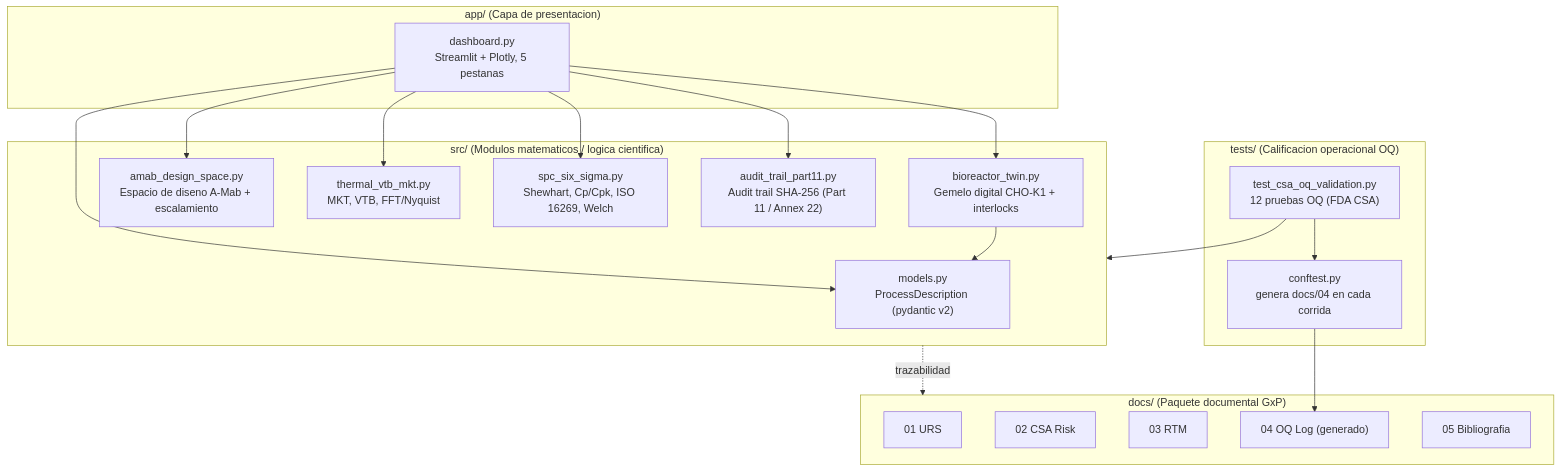
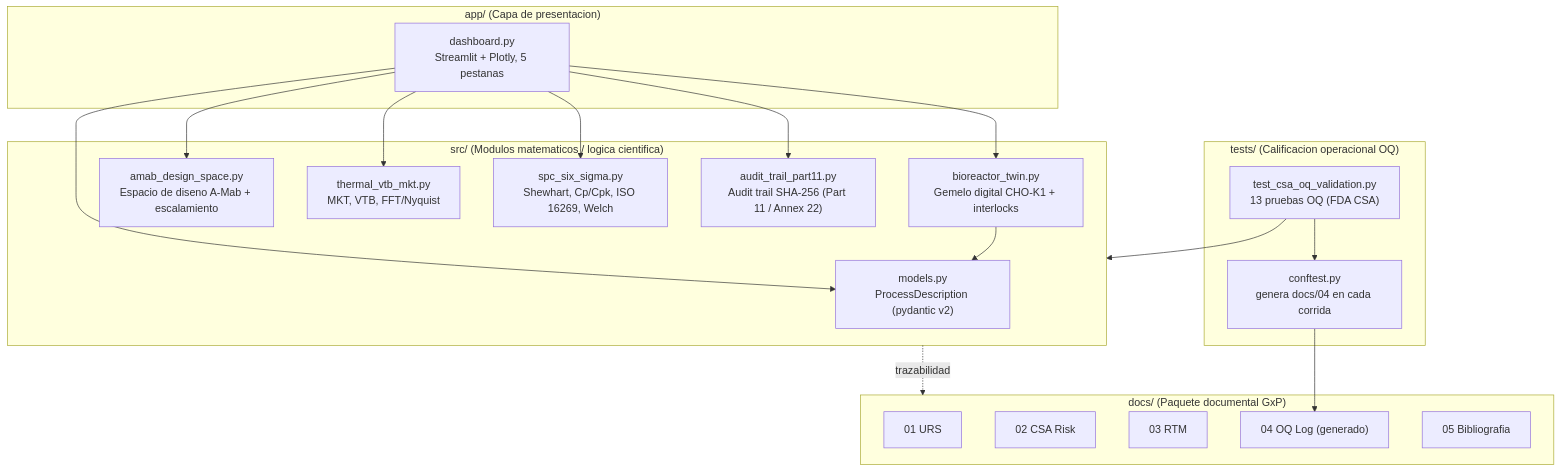
One commit to alehernann/bioprocesos-PROJECT changed the diagram in README.md. Above: the diagram before and after it, drawn with Mermaid. The commit also changed other lines of this file and 6 other files, not shown here.

````diff
--- a/README.md
+++ b/README.md
@@ -23,41 +23,41 @@
 ```mermaid
 flowchart TD
     subgraph app["app/ (Capa de presentacion)"]
         DASH["dashboard.py\nStreamlit + Plotly, 5 pestanas"]
     end
 
     subgraph src["src/ (Modulos matematicos / logica cientifica)"]
         MODELS["models.py\nProcessDescription (pydantic v2)"]
         TWIN["bioreactor_twin.py\nGemelo digital CHO-K1 + interlocks"]
         AMAB["amab_design_space.py\nEspacio de diseno A-Mab + escalamiento"]
         THERMAL["thermal_vtb_mkt.py\nMKT, VTB, FFT/Nyquist"]
         SPC["spc_six_sigma.py\nShewhart, Cp/Cpk, ISO 16269, Welch"]
         AUDIT["audit_trail_part11.py\nAudit trail SHA-256 (Part 11 / Annex 22)"]
     end
 
     subgraph tests["tests/ (Calificacion operacional OQ)"]
         CONF["conftest.py\ngenera docs/04 en cada corrida"]
-        TOQ["test_csa_oq_validation.py\n12 pruebas OQ (FDA CSA)"]
+        TOQ["test_csa_oq_validation.py\n13 pruebas OQ (FDA CSA)"]
     end
 
     subgraph docs["docs/ (Paquete documental GxP)"]
         D1["01 URS"]
         D2["02 CSA Risk"]
         D3["03 RTM"]
         D4["04 OQ Log (generado)"]
         D5["05 Bibliografia"]
     end
 
     DASH --> MODELS
     DASH --> TWIN
     DASH --> AMAB
     DASH --> THERMAL
     DASH --> SPC
     DASH --> AUDIT
 
     TWIN --> MODELS
     TOQ --> src
     CONF --> D4
     TOQ --> CONF
     src -. trazabilidad .-> docs
 ```
````
